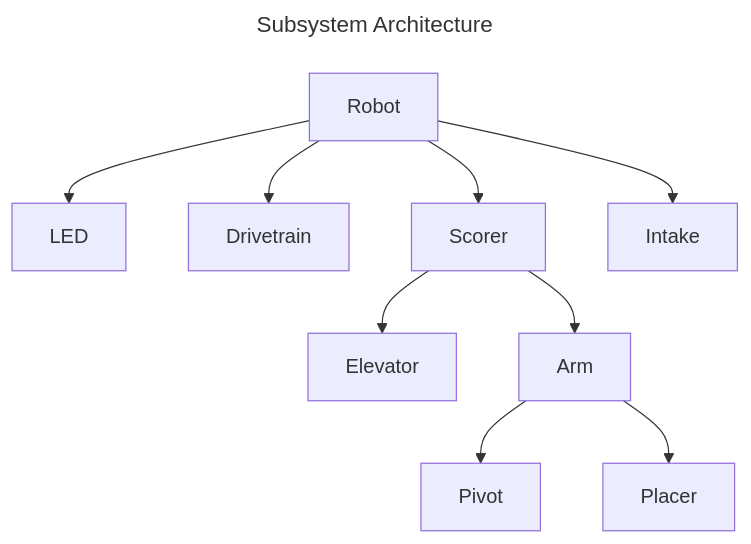
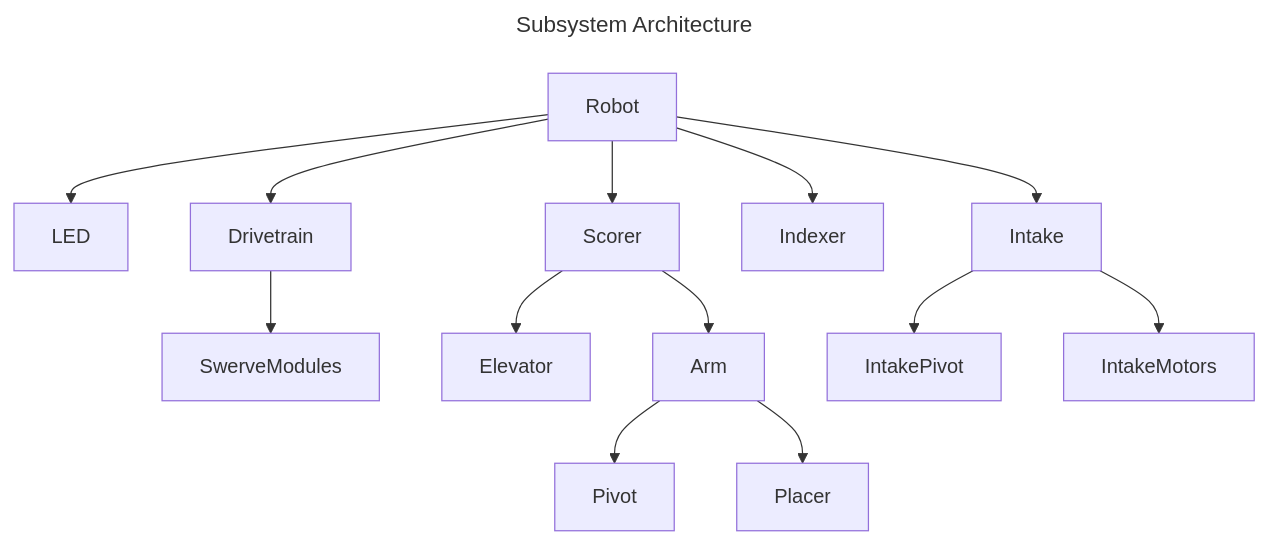
The diagram in doc/2025_OffSeason_Code_Outline/subsystems.mmd (Raptacon/Robot-2025), drawn with Mermaid before and after one commit. The commit also changed 3 other files, not shown here.

```diff
--- a/doc/2025_OffSeason_Code_Outline/subsystems.mmd
+++ b/doc/2025_OffSeason_Code_Outline/subsystems.mmd
@@ -1,18 +1,25 @@
 ---
 title: Subsystem Architecture
 ---
 flowchart TD
     Robot-->
         LED
     Robot-->
-        Drivetrain
+        Drivetrain-->
+            SwerveModules
     Robot-->
+    %%Scoring outline may change in the future
         Scorer-->
             Elevator
         Scorer-->
             Arm-->
                 Pivot
             Arm-->
                 Placer
     Robot-->
-        Intake
+        Indexer
+    Robot-->
+        Intake-->
+            IntakePivot
+        Intake-->
+            IntakeMotors
```
